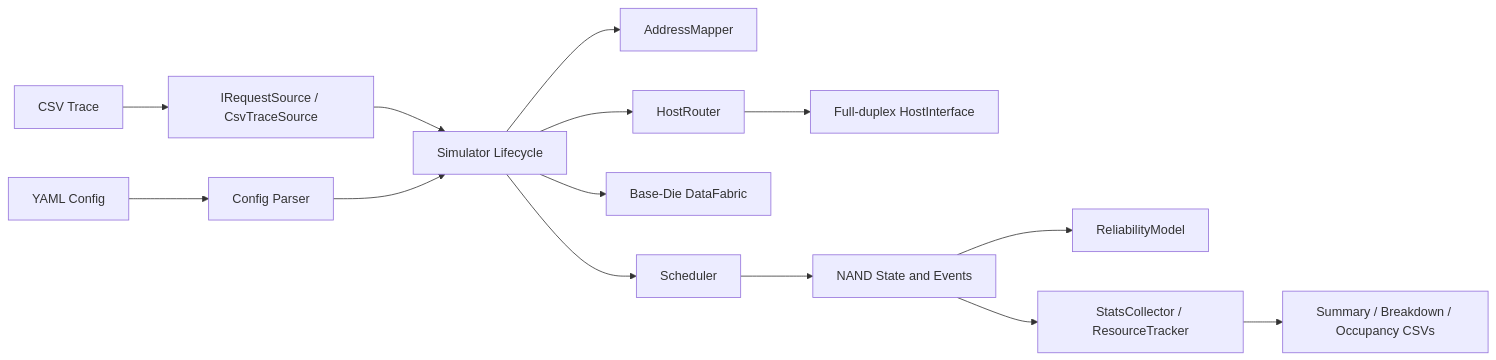
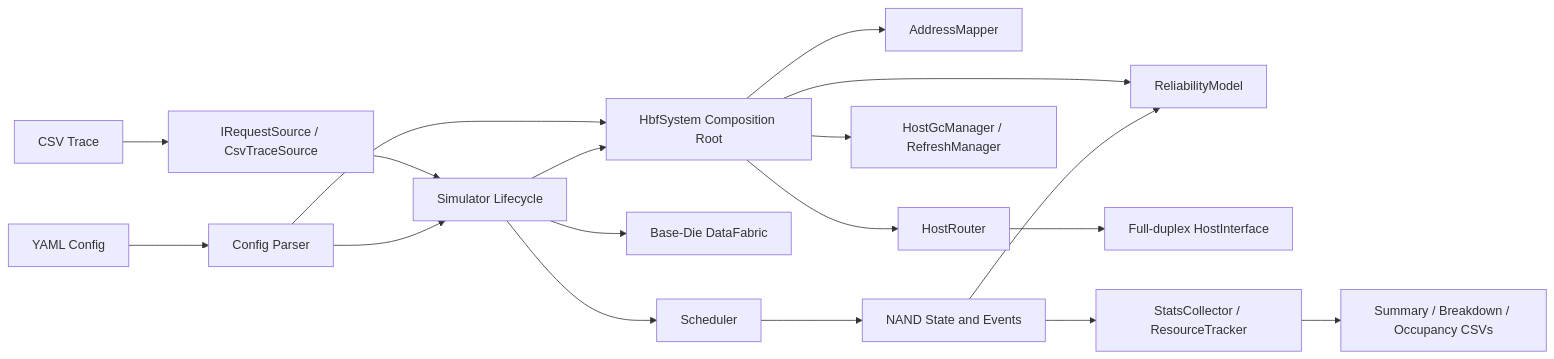
The first of 3 diagrams in docs/ARCHITECTURE.md (litao1991/hbfsim), drawn with Mermaid before and after one commit. The commit also changed other lines of this file and 30 other files, not shown here.

Commit message:
feat: implement HBF protocol model through v0.3.5

````diff
--- a/docs/ARCHITECTURE.md
+++ b/docs/ARCHITECTURE.md
@@ -17,16 +17,20 @@
 ```mermaid
 flowchart LR
     T[CSV Trace] --> TR[IRequestSource / CsvTraceSource]
     C[YAML Config] --> CR[Config Parser]
     TR --> S[Simulator Lifecycle]
     CR --> S
-    S --> M[AddressMapper]
-    S --> HR[HostRouter]
+    CR --> SYS[HbfSystem Composition Root]
+    S --> SYS
+    SYS --> M[AddressMapper]
+    SYS --> HR[HostRouter]
+    SYS --> R[ReliabilityModel]
+    SYS --> MG[HostGcManager / RefreshManager]
     HR --> H[Full-duplex HostInterface]
     S --> F[Base-Die DataFabric]
     S --> Q[Scheduler]
     Q --> N[NAND State and Events]
-    N --> R[ReliabilityModel]
+    N --> R
     N --> ST[StatsCollector / ResourceTracker]
     ST --> O[Summary / Breakdown / Occupancy CSVs]
 ```
````
